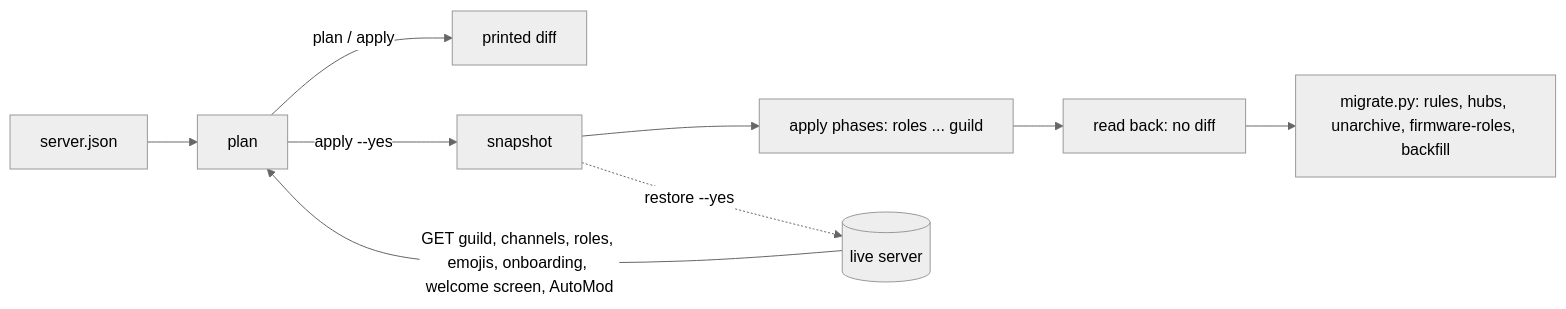
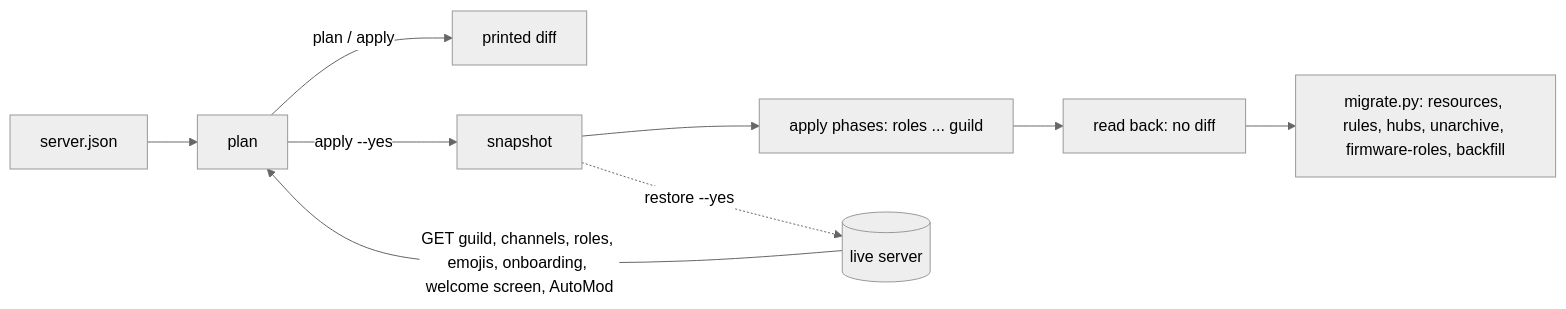
Before and after one commit to OpenDrone-hw/discord: the first of 4 diagrams in README.md, drawn with Mermaid (neutral theme). The commit also changed other lines of this file and 18 other files, not shown here.

````diff
--- a/README.md
+++ b/README.md
@@ -11,9 +11,9 @@
 ```mermaid
 flowchart LR
   J[server.json] --> P[plan]
   L[(live server)] -->|GET guild, channels, roles, emojis, onboarding, welcome screen, AutoMod| P
   P -->|plan / apply| R[printed diff]
   P -->|apply --yes| S[snapshot] --> A[apply phases: roles ... guild] --> B[read back: no diff]
   S -.->|restore --yes| L
-  B --> M[migrate.py: rules, hubs, unarchive, firmware-roles, backfill]
+  B --> M[migrate.py: resources, rules, hubs, unarchive, firmware-roles, backfill]
 ```
````
